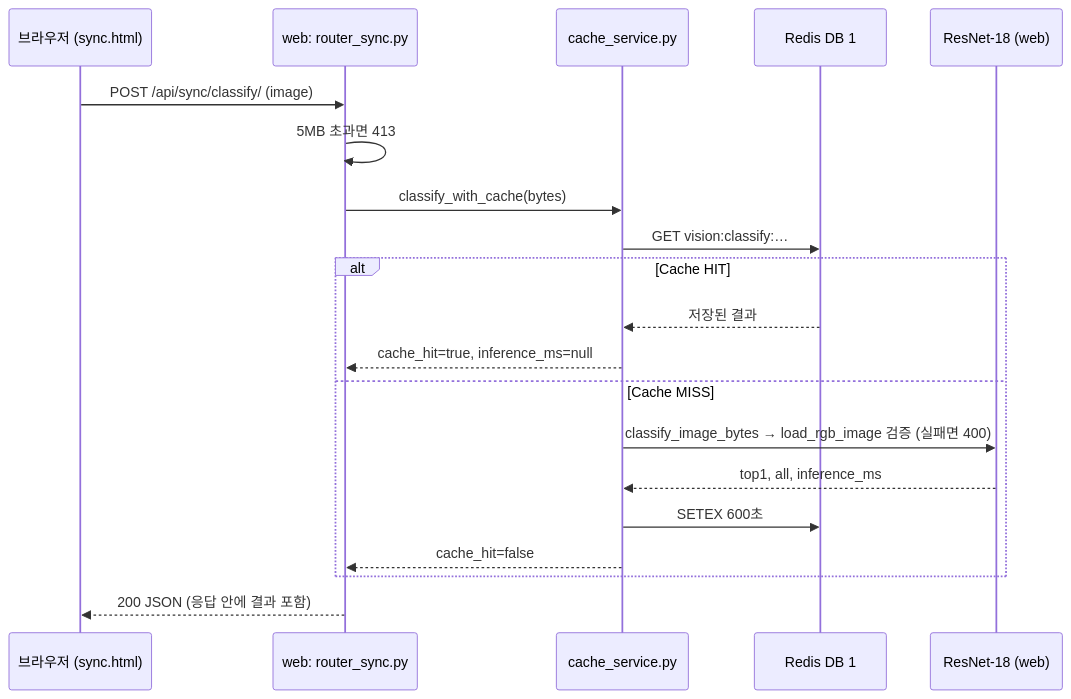
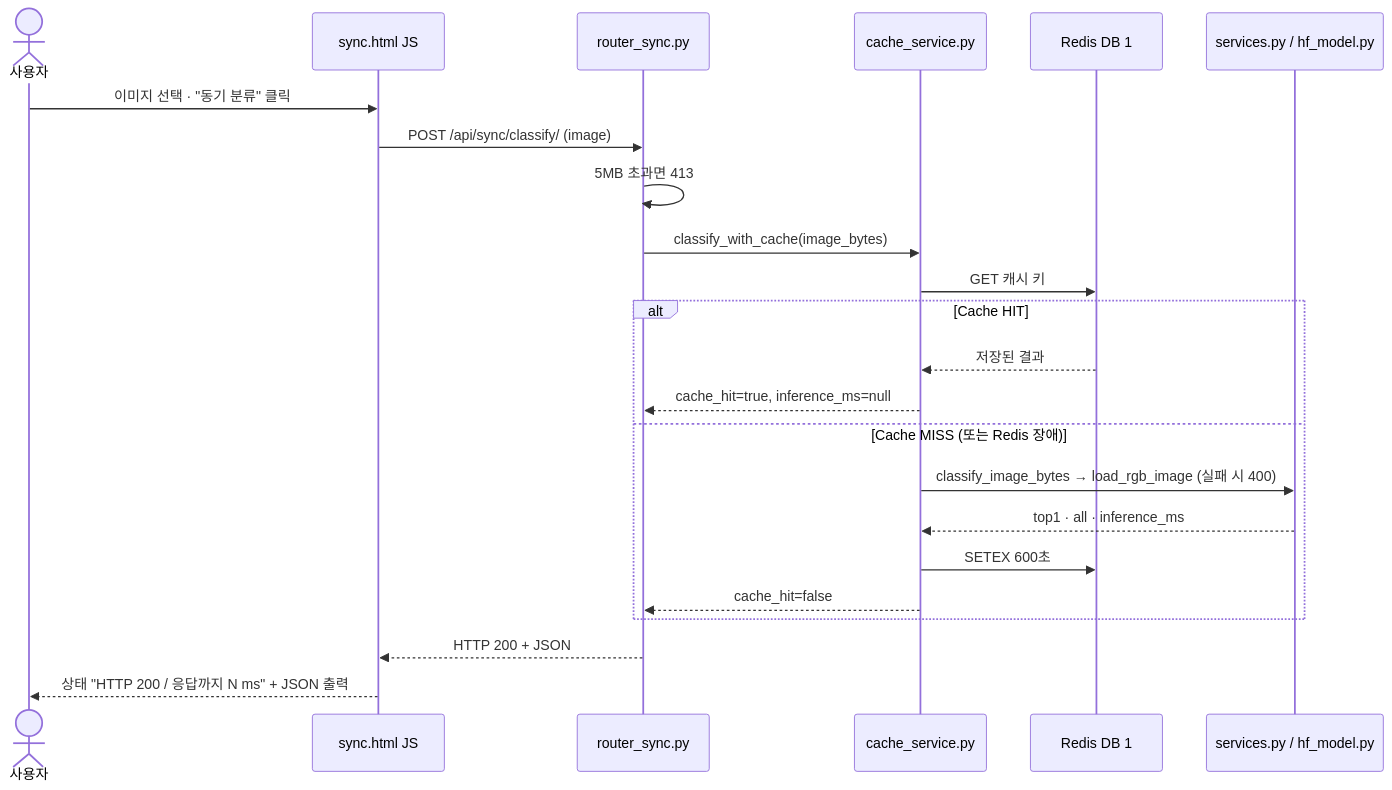
The first of 2 diagrams in reports/05_AI버튼_처리흐름.md (wlgptjd333/kh-subject9-eval-beans), drawn with Mermaid before and after one commit. The commit also changed other lines of this file and 45 other files, not shown here.

First line of the commit message:
refactor: 평가 가이드 구조(.venv FastAPI·Celery + Docker Redis·PostgreSQL)로 전면 재측정

````diff
--- a/reports/05_AI버튼_처리흐름.md
+++ b/reports/05_AI버튼_처리흐름.md
@@ -7,22 +7,25 @@
 ```mermaid
 sequenceDiagram
-    participant U as 브라우저 (sync.html)
-    participant W as web: router_sync.py
+    actor U as 사용자
+    participant H as sync.html JS
+    participant F as router_sync.py
     participant C as cache_service.py
     participant R as Redis DB 1
-    participant M as ResNet-18 (web)
-    U->>W: POST /api/sync/classify/ (image)
-    W->>W: 5MB 초과면 413
-    W->>C: classify_with_cache(bytes)
-    C->>R: GET vision:classify:…
+    participant M as services.py / hf_model.py
+    U->>H: 이미지 선택 · "동기 분류" 클릭
+    H->>F: POST /api/sync/classify/ (image)
+    F->>F: 5MB 초과면 413
+    F->>C: classify_with_cache(image_bytes)
+    C->>R: GET 캐시 키
     alt Cache HIT
         R-->>C: 저장된 결과
-        C-->>W: cache_hit=true, inference_ms=null
-    else Cache MISS
-        C->>M: classify_image_bytes → load_rgb_image 검증 (실패면 400)
-        M-->>C: top1, all, inference_ms
+        C-->>F: cache_hit=true, inference_ms=null
+    else Cache MISS (또는 Redis 장애)
+        C->>M: classify_image_bytes → load_rgb_image (실패 시 400)
+        M-->>C: top1 · all · inference_ms
         C->>R: SETEX 600초
-        C-->>W: cache_hit=false
+        C-->>F: cache_hit=false
     end
-    W-->>U: 200 JSON (응답 안에 결과 포함)
+    F-->>H: HTTP 200 + JSON
+    H-->>U: 상태 "HTTP 200 / 응답까지 N ms" + JSON 출력
 ```
````
